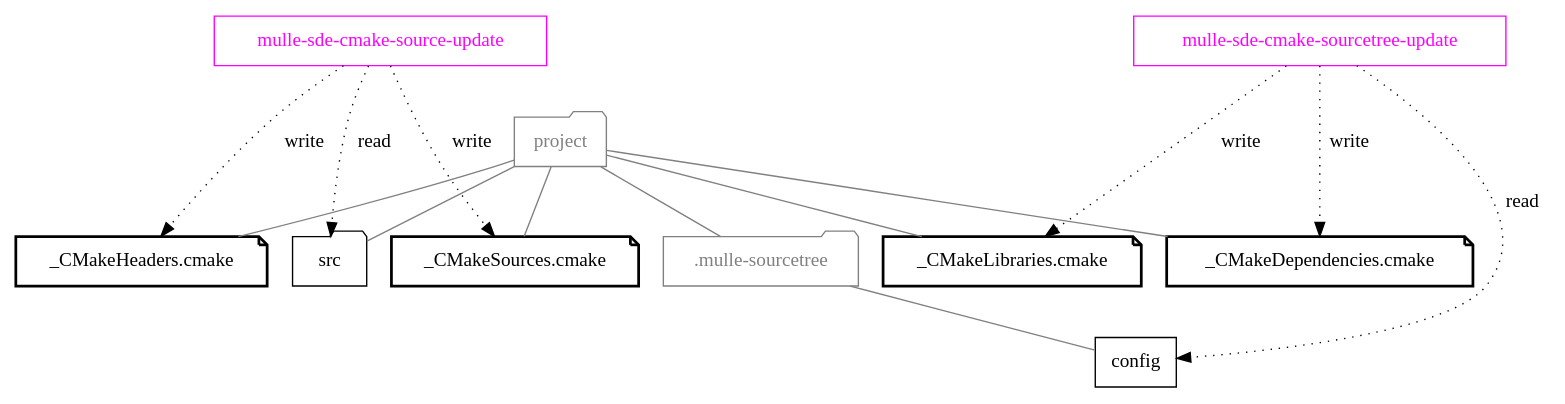
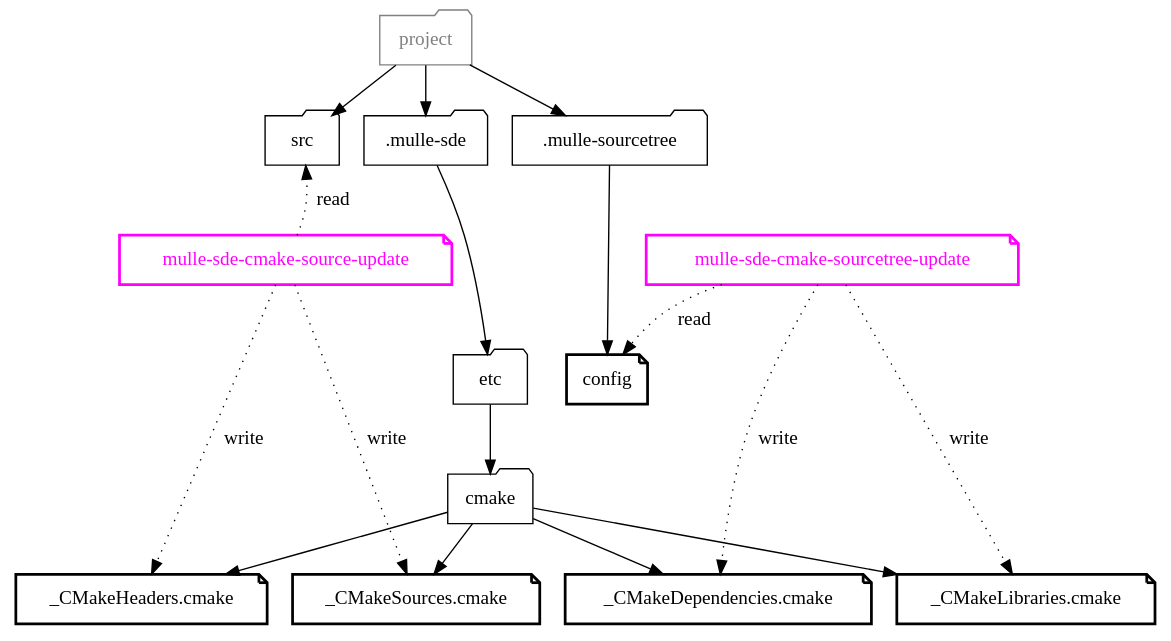
One commit to mulle-sde/mulle-sde-developer changed the diagram in dox/mulle-sde-update-fs.dot. Above: the diagram before and after it, drawn with Graphviz. The commit also changed 9 other files, not shown here.

Commit message:
* move emitted files to .mulle-sde/etc/cmake to keep the project a bit more tidy. Also the files shouldn't be edited anyway

```diff
--- a/dox/mulle-sde-update-fs.dot
+++ b/dox/mulle-sde-update-fs.dot
@@ -1,43 +1,63 @@
 digraph G {
     graph [rankdir = TD];
 
-    node[shape=record];
-    edge[ arrowhead="none", color="gray"]
+    node[ shape="folder"] ;
 
-    { rank = same;  "mulle-sde-cmake-source-update", "mulle-sde-cmake-sourcetree-update"  };
+    "project"          [ color="gray", fontcolor="gray" ]
+
+    "src"
+    "etc"
+    "cmake"
+    ".mulle-sde"
+    ".mulle-sourcetree"
+
+    node[ shape="note", penwidth="2"]
+
+    "config"
+    "_CMakeHeaders.cmake"
+    "_CMakeSources.cmake"
+    "_CMakeDependencies.cmake"
+    "_CMakeLibraries.cmake"
+
     { rank = same;  "project" };
-    { rank = same;  "src", "_CMakeHeaders.cmake","_CMakeSources.cmake", "_CMakeDependencies.cmake","_CMakeLibraries.cmake", ".mulle-sourcetree"   }
-    { rank = same;  "config"}
+    { rank = same;  "src", ".mulle-sde", ".mulle-sourcetree" }
+    { rank = same;  "etc", "config" }
+    { rank = same;  "cmake" }
+    { rank = same;  "_CMakeHeaders.cmake","_CMakeSources.cmake",
+                    "_CMakeDependencies.cmake","_CMakeLibraries.cmake"  }
 
-    "project"                               [ shape="folder", color="gray", fontcolor="gray" ]
 
-    "src"               [ shape="folder"]
-    ".mulle-sourcetree" [ shape="folder", color="gray", fontcolor="gray" ]
+    edge [ arrowhead="", color="black", style="" ]
+
     ".mulle-sourcetree" -> "config"
+    "project" -> "src"
+    "project" -> ".mulle-sourcetree"
+    "project" -> ".mulle-sde"
+    ".mulle-sde" -> "etc"
+    "etc" -> "cmake"
+
+    "cmake" -> "_CMakeHeaders.cmake"
+    "cmake" -> "_CMakeSources.cmake"
+    "cmake" -> "_CMakeDependencies.cmake"
+    "cmake" -> "_CMakeLibraries.cmake"
+
+    edge [ arrowhead="", style="dotted", label=" write"]
+
+    "mulle-sde-cmake-source-update"     -> "_CMakeHeaders.cmake"
+    "mulle-sde-cmake-source-update"     -> "_CMakeSources.cmake"
+    "mulle-sde-cmake-sourcetree-update" -> "_CMakeDependencies.cmake"
+    "mulle-sde-cmake-sourcetree-update" -> "_CMakeLibraries.cmake"
 
     "mulle-sde-cmake-source-update"     [ color="magenta", fontcolor="magenta" ]
     "mulle-sde-cmake-sourcetree-update" [ color="magenta", fontcolor="magenta" ]
 
-    "mulle-sde-cmake-source-update" -> "src"         [ arrowhead="", color="black", style="dotted", label=" read"]
-    "mulle-sde-cmake-sourcetree-update" -> "config"  [ arrowhead="", color="black", style="dotted", label=" read"]
-    "mulle-sde-cmake-source-update" -> "project"     [ style="invis"]
+    "src" -> "mulle-sde-cmake-source-update"     [ style="invis"]
+    "config" -> "mulle-sde-cmake-source-update"  [ style="invis"]
 
-    "project" -> "_CMakeHeaders.cmake"               [ arrowhead="none" ]
-    "project" -> "_CMakeSources.cmake"               [ arrowhead="none" ]
-    "project" -> "_CMakeDependencies.cmake"          [ arrowhead="none" ]
-    "project" -> "_CMakeLibraries.cmake"             [ arrowhead="none" ]
+    edge [ arrowhead="", style="dotted", label=" read"]
 
-    "mulle-sde-cmake-source-update" -> "_CMakeHeaders.cmake"         [ arrowhead="", color="black", style="dotted", label=" write"]
-    "mulle-sde-cmake-source-update" -> "_CMakeSources.cmake"         [ arrowhead="", color="black", style="dotted", label=" write"]
-    "mulle-sde-cmake-sourcetree-update" -> "_CMakeDependencies.cmake"         [ arrowhead="", color="black", style="dotted", label=" write"]
-    "mulle-sde-cmake-sourcetree-update" -> "_CMakeLibraries.cmake"         [ arrowhead="", color="black", style="dotted", label=" write"]
+    "mulle-sde-cmake-source-update"     -> "src"
+    "mulle-sde-cmake-sourcetree-update" -> "config"
 
-    "_CMakeHeaders.cmake"      [ shape="note", penwidth="2" ]
-    "_CMakeSources.cmake"      [ shape="note", penwidth="2" ]
-    "_CMakeDependencies.cmake" [ shape="note", penwidth="2" ]
-    "_CMakeLibraries.cmake"    [ shape="note", penwidth="2" ]
-
-    "project" -> "src"                      [ arrowhead="none" ]
-    "project" -> ".mulle-sourcetree"        [ arrowhead="none", color="gray", fontcolor="gray" ]
-
+    { rank = same;  "mulle-sde-cmake-source-update", "mulle-sde-cmake-sourcetree-update"  };
 }
```
